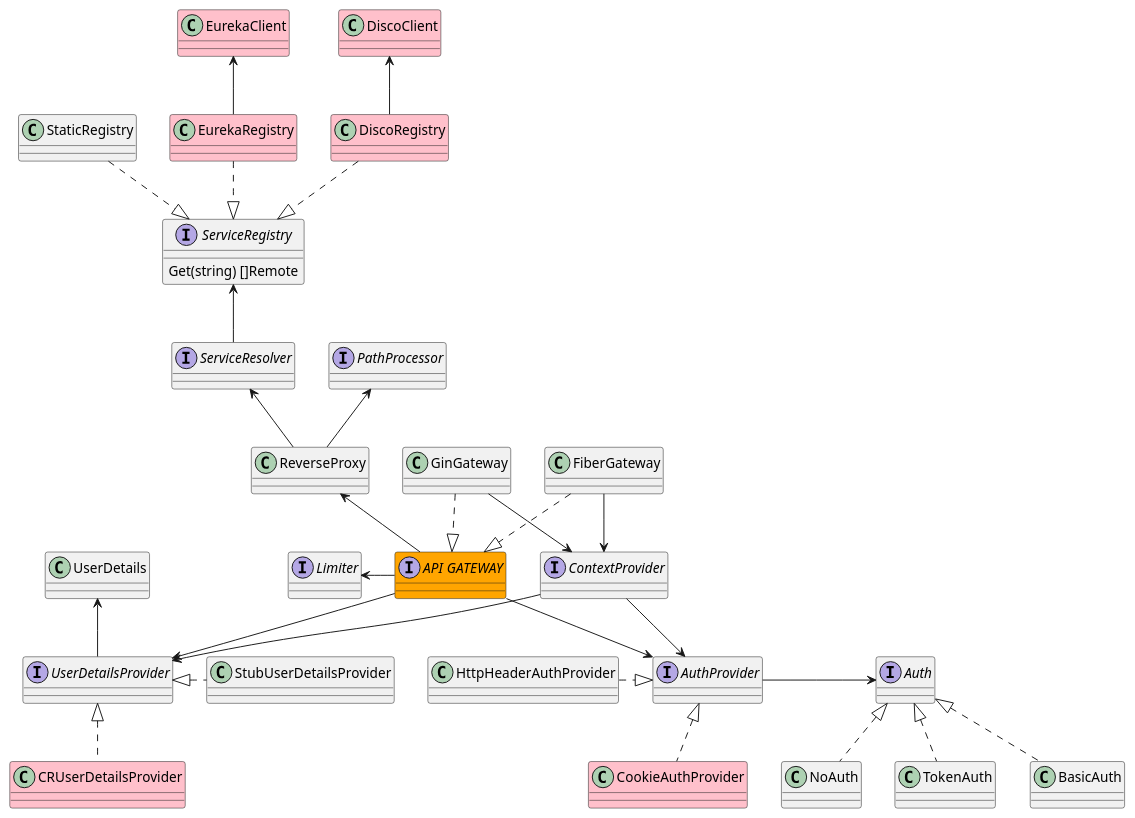
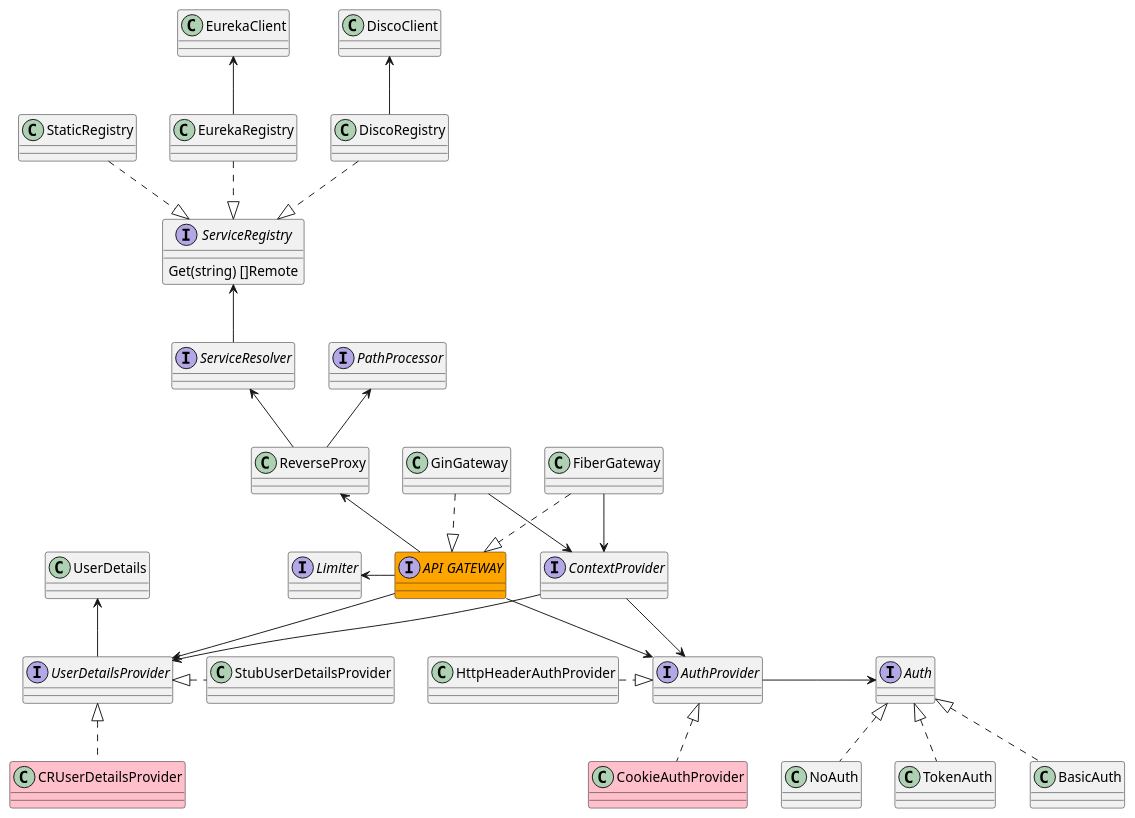
Before and after one commit to slink-go/void: the diagram in api-gateway/diagram.puml, drawn with PlantUML. The commit also changed 4 other files, not shown here.

```diff
--- a/api-gateway/diagram.puml
+++ b/api-gateway/diagram.puml
@@ -1,84 +1,84 @@
 @startuml
 
 interface "ServiceRegistry" as R {
     Get(string) []Remote
 }
 class "StaticRegistry" as SR {
 }
-class "EurekaRegistry" as ER #pink {
+class "EurekaRegistry" as ER {
 }
-class "DiscoRegistry" as DR #pink{
+class "DiscoRegistry" as DR {
 }
-class "EurekaClient" as EC #pink{
+class "EurekaClient" as EC {
 }
-class "DiscoClient" as DC #pink{
+class "DiscoClient" as DC {
 }
 interface "ServiceResolver" as RS {
 }
 interface "PathProcessor" as PP {
 }
 class "ReverseProxy" as RP {
 }
 interface "Auth" as A {
 }
 class "NoAuth" as NA {
 }
 class "TokenAuth" as TA {
 }
 class "BasicAuth" as BA {
 }
 interface "AuthProvider" as AP {
 }
 class "HttpHeaderAuthProvider" as HAP {
 }
 class "CookieAuthProvider" as CAP #pink {
 }
 class "UserDetails" as UD {
 }
 interface "UserDetailsProvider" as UDP {
 }
 class "StubUserDetailsProvider" as SUDP {
 }
 class "CRUserDetailsProvider" as CRUDP #pink {
 }
 interface "Limiter" as RL {
 }
 interface "API GATEWAY" as GW #orange  {
 }
 class "FiberGateway" as FGW {
 }
 class "GinGateway" as GGW {
 }
 interface "ContextProvider" as CTX {
 }
 
 SR ..|>R
 ER ..|>R
 DR ..|>R
 EC <-- ER
 DC <-- DR
 R <-- RS
 PP <-- RP
 RS <-- RP
 RP <-- GW
 GW --> AP
 GW -> UDP
 RL <- GW
 AP -> A
 UD <-- UDP
 A <|.. NA
 A <|.. TA
 A <|.. BA
 HAP .|> AP
 AP <|.. CAP
 UDP <|. SUDP
 UDP <|.. CRUDP
 GGW ..|> GW
 FGW ..|> GW
 
 CTX --> AP
 CTX --> UDP
 GGW --> CTX
 FGW --> CTX
 
 @enduml
```
